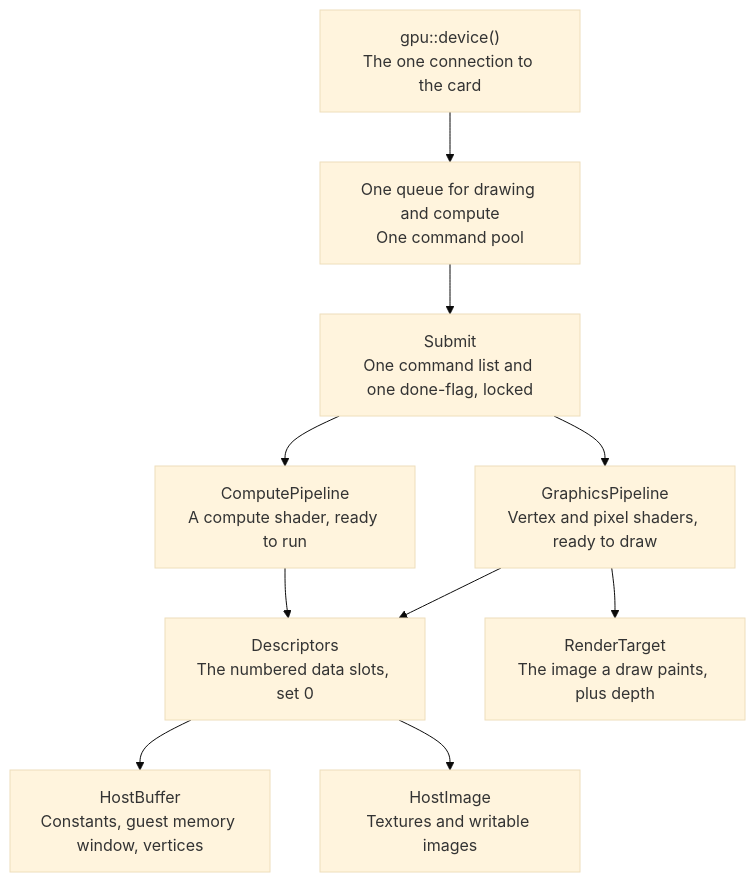
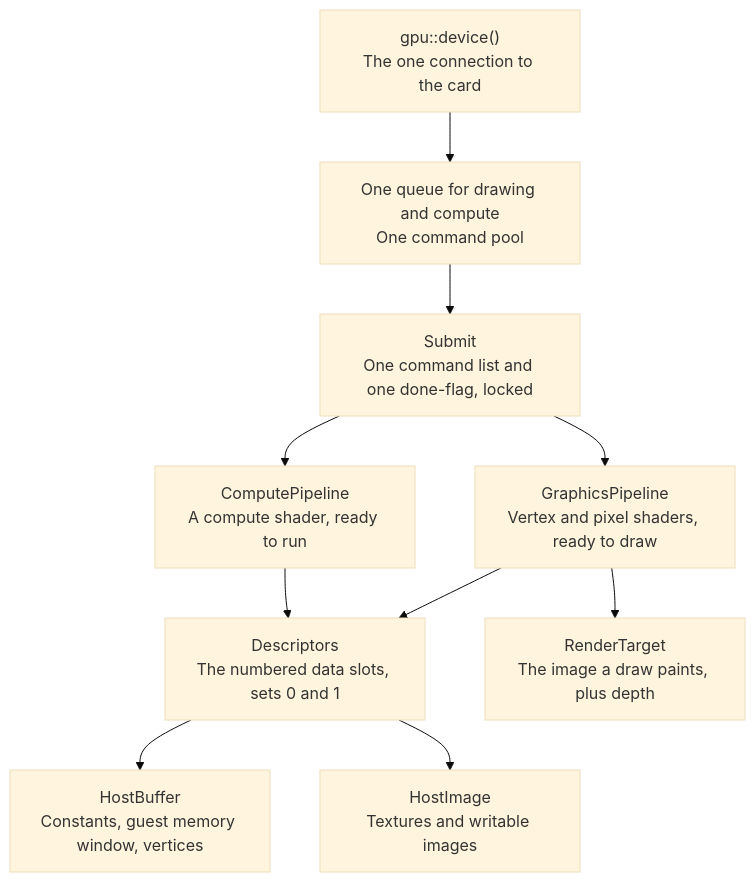
The diagram in docs/architecture/vulkan-backend.md (0xNikilite/oboromi), drawn with Mermaid (base theme) before and after one commit. The commit also changed other lines of this file and 9 other files, not shown here.

````diff
--- a/docs/architecture/vulkan-backend.md
+++ b/docs/architecture/vulkan-backend.md
@@ -5,12 +5,12 @@
 ```mermaid
 flowchart TB
     DEV["gpu::device()<br/>The one connection to the card"] --> Q["One queue for drawing and compute<br/>One command pool"]
     Q --> SUB["Submit<br/>One command list and one done-flag, locked"]
     SUB --> CP["ComputePipeline<br/>A compute shader, ready to run"]
     SUB --> GP["GraphicsPipeline<br/>Vertex and pixel shaders, ready to draw"]
-    CP --> D0["Descriptors<br/>The numbered data slots, set 0"]
+    CP --> D0["Descriptors<br/>The numbered data slots, sets 0 and 1"]
     GP --> D0
     D0 --> HB["HostBuffer<br/>Constants, guest memory window, vertices"]
     D0 --> HI["HostImage<br/>Textures and writable images"]
     GP --> RT["RenderTarget<br/>The image a draw paints, plus depth"]
 ```
````
